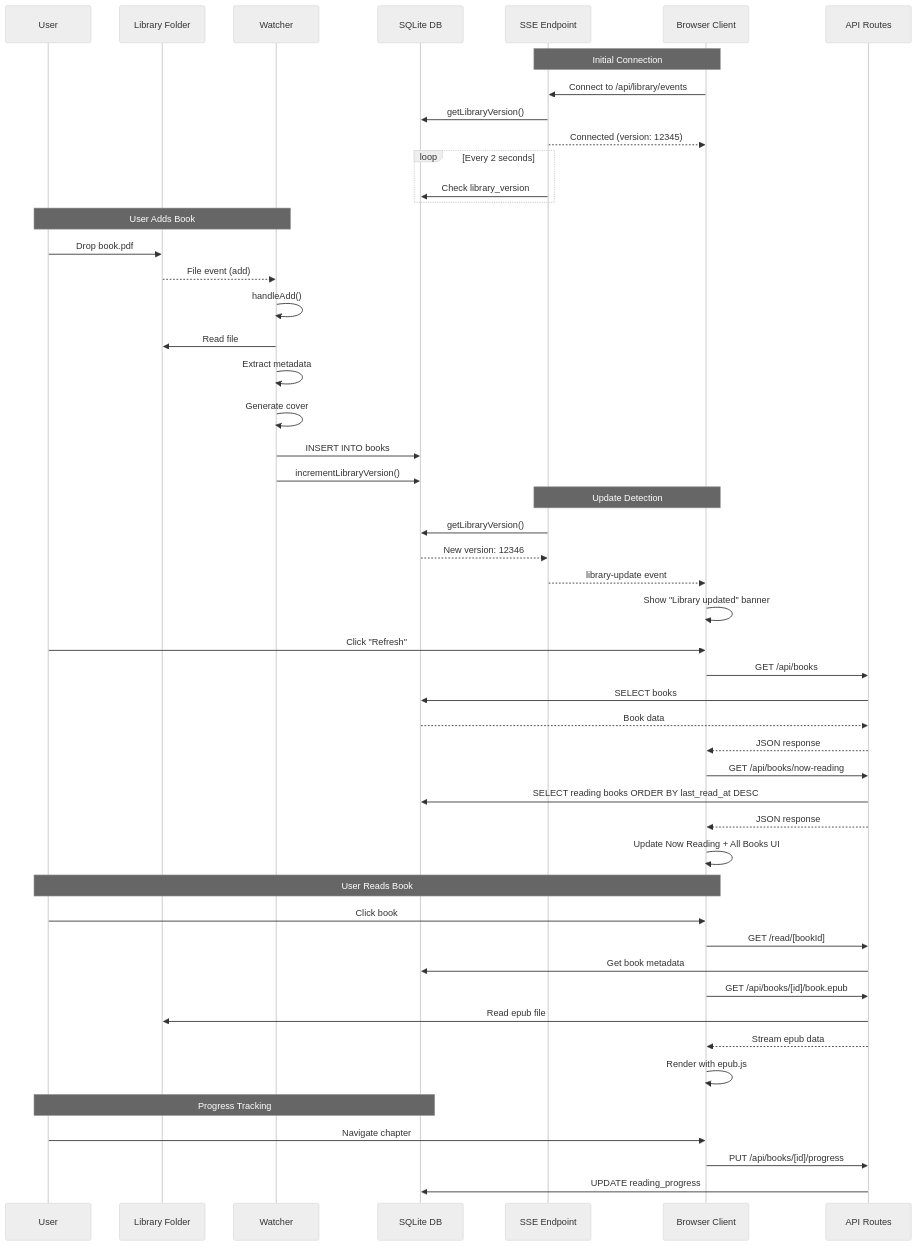
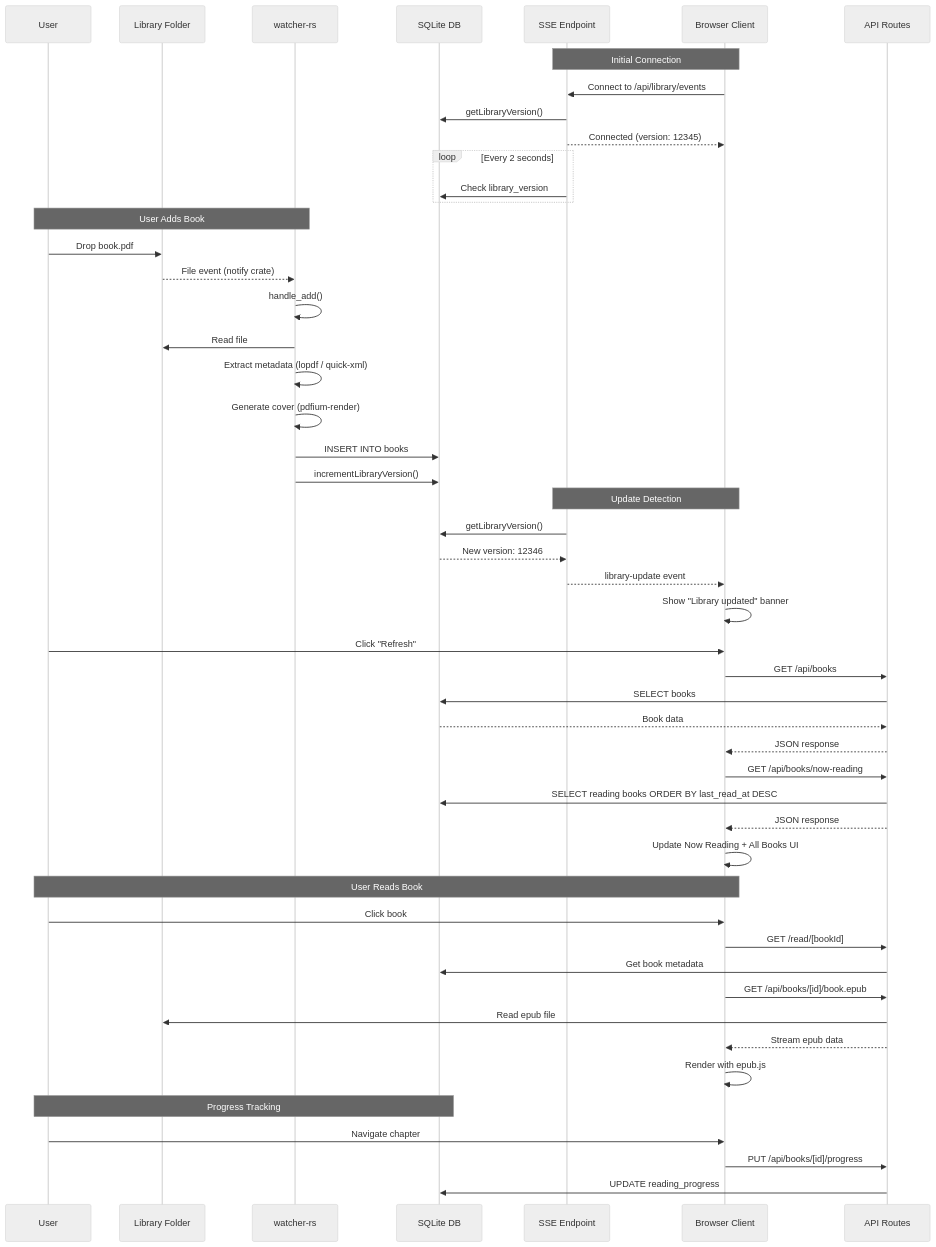
Before and after one commit to jamesacklin/alex: the first of 10 diagrams in docs/design/sequence-diagrams.md, drawn with Mermaid (neutral theme). The commit also changed other lines of this file and 3 other files, not shown here.

First line of the commit message:
docs: Update architecture documentation for Rust migration

````diff
--- a/docs/design/sequence-diagrams.md
+++ b/docs/design/sequence-diagrams.md
@@ -9,58 +9,58 @@
 ```mermaid
 sequenceDiagram
     participant User
     participant LibFolder as Library Folder
-    participant Watcher
+    participant Watcher as watcher-rs
     participant DB as SQLite DB
     participant SSE as SSE Endpoint
     participant Client as Browser Client
     participant API as API Routes
 
     Note over Client,SSE: Initial Connection
     Client->>SSE: Connect to /api/library/events
     SSE->>DB: getLibraryVersion()
     SSE-->>Client: Connected (version: 12345)
 
     loop Every 2 seconds
         SSE->>DB: Check library_version
     end
 
     Note over User,Watcher: User Adds Book
     User->>LibFolder: Drop book.pdf
-    LibFolder-->>Watcher: File event (add)
-    Watcher->>Watcher: handleAdd()
+    LibFolder-->>Watcher: File event (notify crate)
+    Watcher->>Watcher: handle_add()
     Watcher->>LibFolder: Read file
-    Watcher->>Watcher: Extract metadata
-    Watcher->>Watcher: Generate cover
+    Watcher->>Watcher: Extract metadata (lopdf / quick-xml)
+    Watcher->>Watcher: Generate cover (pdfium-render)
     Watcher->>DB: INSERT INTO books
     Watcher->>DB: incrementLibraryVersion()
 
     Note over SSE,Client: Update Detection
     SSE->>DB: getLibraryVersion()
     DB-->>SSE: New version: 12346
     SSE-->>Client: library-update event
     Client->>Client: Show "Library updated" banner
     User->>Client: Click "Refresh"
     Client->>API: GET /api/books
     API->>DB: SELECT books
     DB-->>API: Book data
     API-->>Client: JSON response
     Client->>API: GET /api/books/now-reading
     API->>DB: SELECT reading books ORDER BY last_read_at DESC
     API-->>Client: JSON response
     Client->>Client: Update Now Reading + All Books UI
 
     Note over User,Client: User Reads Book
     User->>Client: Click book
     Client->>API: GET /read/[bookId]
     API->>DB: Get book metadata
     Client->>API: GET /api/books/[id]/book.epub
     API->>LibFolder: Read epub file
     API-->>Client: Stream epub data
     Client->>Client: Render with epub.js
 
     Note over User,DB: Progress Tracking
     User->>Client: Navigate chapter
     Client->>API: PUT /api/books/[id]/progress
     API->>DB: UPDATE reading_progress
 ```
````
